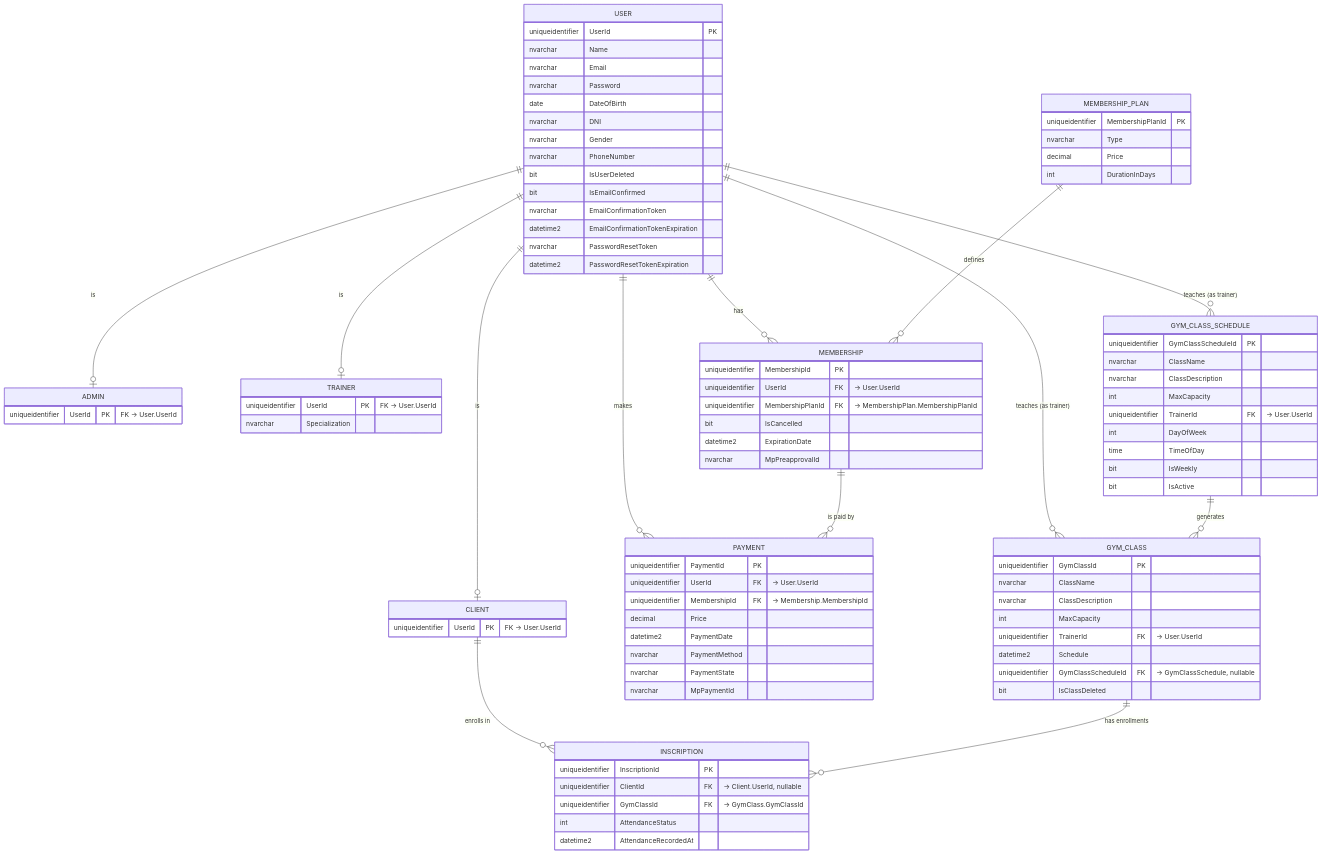
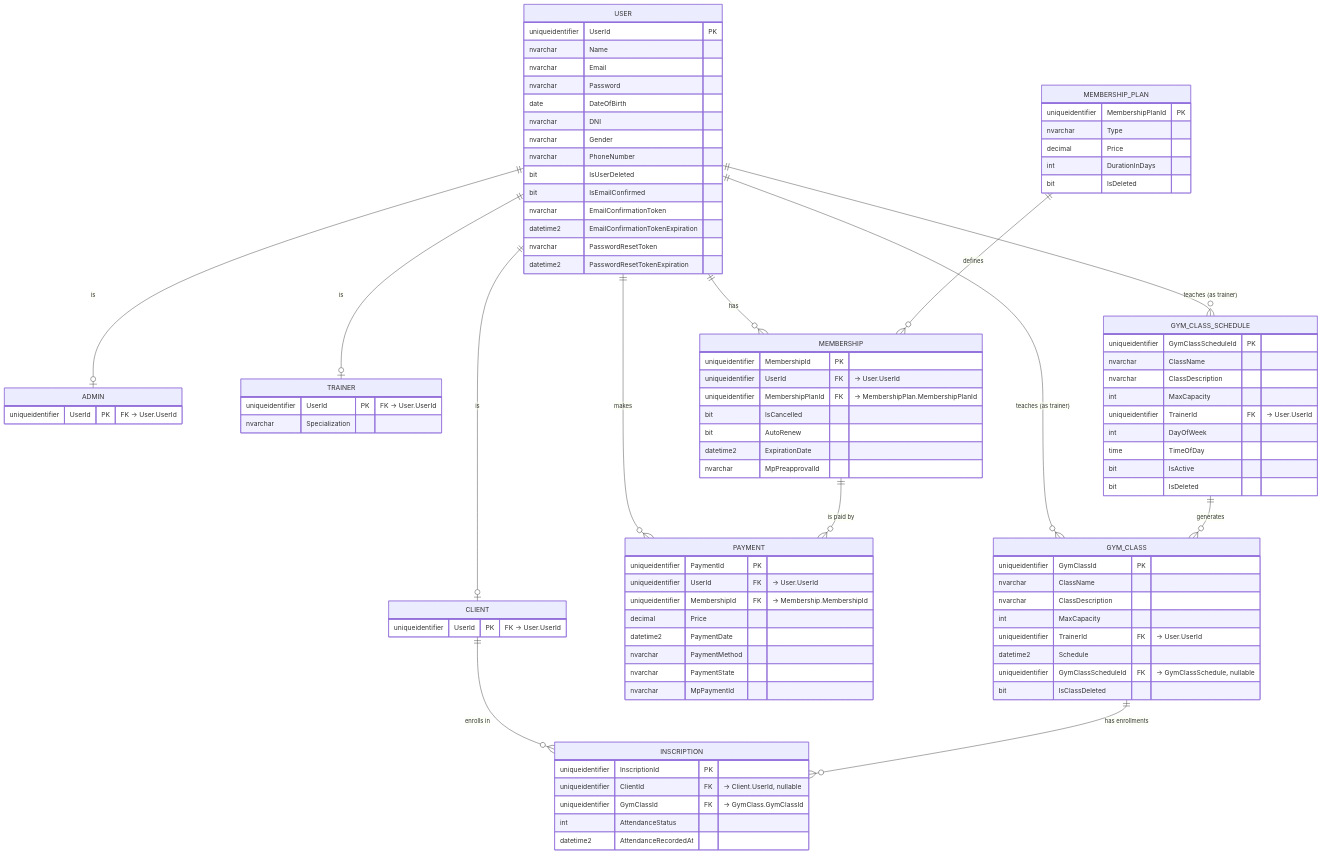
The diagram in docs/diagrama de clases.mmd (boffis/TFI-BACKEND), drawn with Mermaid before and after one commit.

Commit message:
mermaid diagram update

```diff
--- a/docs/diagrama de clases.mmd
+++ b/docs/diagrama de clases.mmd
@@ -1,101 +1,103 @@
 erDiagram
     USER ||--o| ADMIN : "is"
     USER ||--o| CLIENT : "is"
     USER ||--o| TRAINER : "is"
     USER ||--o{ MEMBERSHIP : "has"
     USER ||--o{ PAYMENT : "makes"
     USER ||--o{ GYM_CLASS : "teaches (as trainer)"
     USER ||--o{ GYM_CLASS_SCHEDULE : "teaches (as trainer)"
     CLIENT ||--o{ INSCRIPTION : "enrolls in"
     GYM_CLASS ||--o{ INSCRIPTION : "has enrollments"
     GYM_CLASS_SCHEDULE ||--o{ GYM_CLASS : "generates"
     MEMBERSHIP_PLAN ||--o{ MEMBERSHIP : "defines"
     MEMBERSHIP ||--o{ PAYMENT : "is paid by"
 
     USER {
         uniqueidentifier UserId PK
         nvarchar Name
         nvarchar Email
         nvarchar Password
         date DateOfBirth
         nvarchar DNI
         nvarchar Gender
         nvarchar PhoneNumber
         bit IsUserDeleted
         bit IsEmailConfirmed
         nvarchar EmailConfirmationToken
         datetime2 EmailConfirmationTokenExpiration
         nvarchar PasswordResetToken
         datetime2 PasswordResetTokenExpiration
     }
 
     ADMIN {
         uniqueidentifier UserId PK "FK -> User.UserId"
     }
 
     TRAINER {
         uniqueidentifier UserId PK "FK -> User.UserId"
         nvarchar Specialization
     }
 
     CLIENT {
         uniqueidentifier UserId PK "FK -> User.UserId"
     }
 
     GYM_CLASS {
         uniqueidentifier GymClassId PK
         nvarchar ClassName
         nvarchar ClassDescription
         int MaxCapacity
         uniqueidentifier TrainerId FK "-> User.UserId"
         datetime2 Schedule
         uniqueidentifier GymClassScheduleId FK "-> GymClassSchedule, nullable"
         bit IsClassDeleted
     }
 
     GYM_CLASS_SCHEDULE {
         uniqueidentifier GymClassScheduleId PK
         nvarchar ClassName
         nvarchar ClassDescription
         int MaxCapacity
         uniqueidentifier TrainerId FK "-> User.UserId"
         int DayOfWeek
         time TimeOfDay
-        bit IsWeekly
         bit IsActive
+        bit IsDeleted
     }
 
     INSCRIPTION {
         uniqueidentifier InscriptionId PK
         uniqueidentifier ClientId FK "-> Client.UserId, nullable"
         uniqueidentifier GymClassId FK "-> GymClass.GymClassId"
         int AttendanceStatus
         datetime2 AttendanceRecordedAt
     }
 
     MEMBERSHIP {
         uniqueidentifier MembershipId PK
         uniqueidentifier UserId FK "-> User.UserId"
         uniqueidentifier MembershipPlanId FK "-> MembershipPlan.MembershipPlanId"
         bit IsCancelled
+        bit AutoRenew
         datetime2 ExpirationDate
         nvarchar MpPreapprovalId
     }
 
     MEMBERSHIP_PLAN {
         uniqueidentifier MembershipPlanId PK
         nvarchar Type
         decimal Price
         int DurationInDays
+        bit IsDeleted
     }
 
     PAYMENT {
         uniqueidentifier PaymentId PK
         uniqueidentifier UserId FK "-> User.UserId"
         uniqueidentifier MembershipId FK "-> Membership.MembershipId"
         decimal Price
         datetime2 PaymentDate
         nvarchar PaymentMethod
         nvarchar PaymentState
         nvarchar MpPaymentId
     }
```
